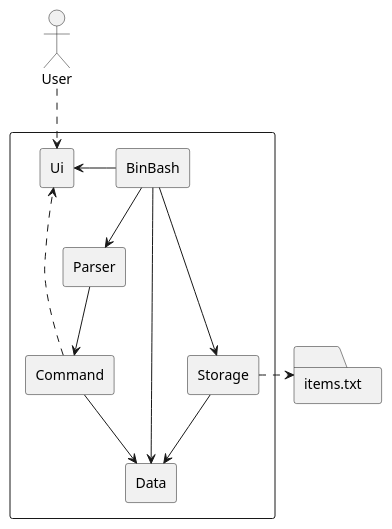
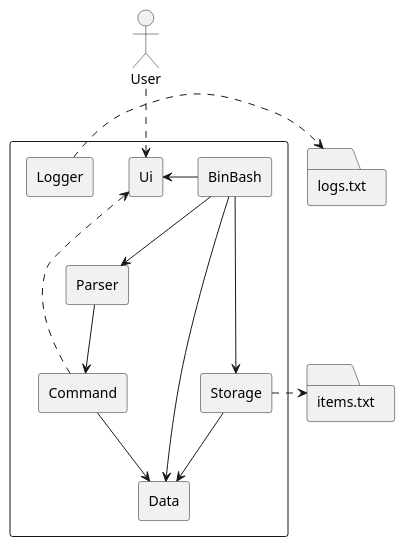
Before and after one commit to AY2324S2-CS2113T-T09-2/tp: the diagram in docs/diagrams/Architecture.puml, drawn with PlantUML. The commit also changed 1 other file, not shown here.

Commit message:
Update architecture to include Logger

```diff
--- a/docs/diagrams/Architecture.puml
+++ b/docs/diagrams/Architecture.puml
@@ -1,23 +1,26 @@
 @startuml
 
 skinparam componentStyle rectangle
 
 actor User
 folder "items.txt"
+folder "logs.txt"
 
 component {
     User .down.> [Ui]
     [BinBash] -left-> [Ui]
     [BinBash] --> [Parser]
     [BinBash] --> [Storage]
     [BinBash] --> [Data]
 
     [Parser] --> [Command]
     [Command] --> [Data]
     [Storage] --> [Data]
 
     [Command] ..> [Ui]
     [Storage] .right.> "items.txt"
+
+    [Logger] .right.> "logs.txt"
 }
 
 @enduml
```
